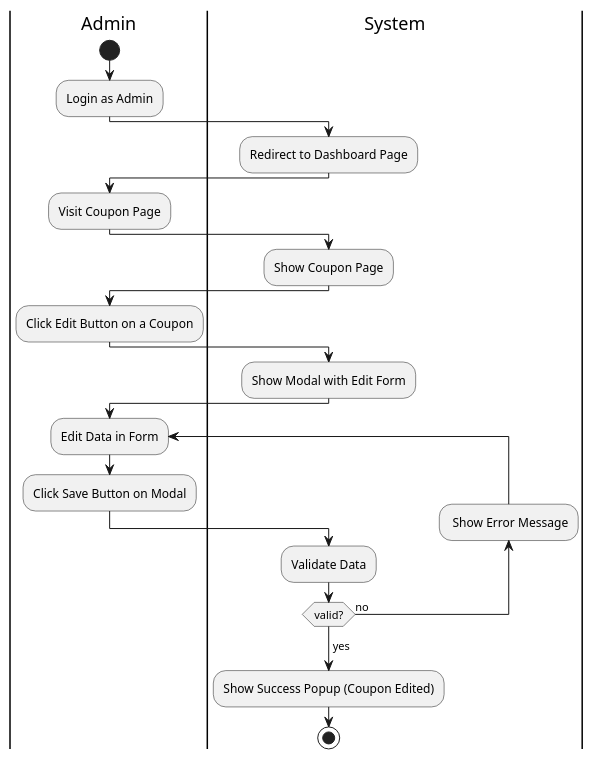
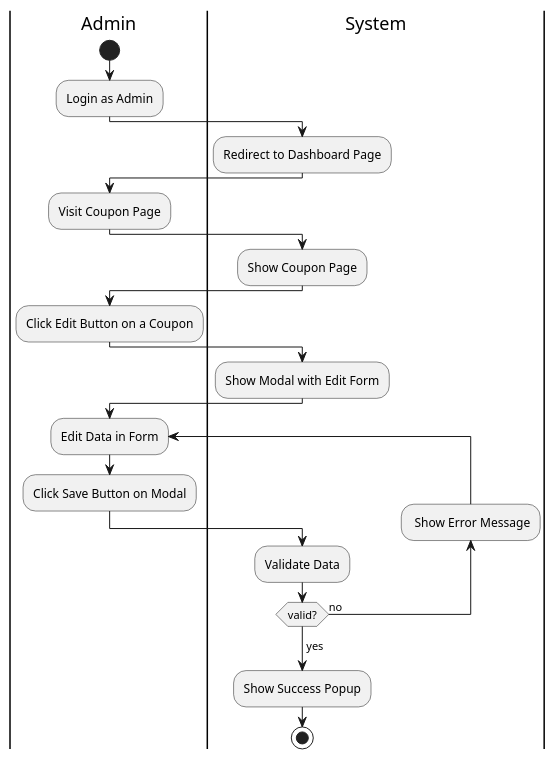
The diagram in 032. Edit Coupon/Activity Diagram.puml (felixpherry/Lecturna-UML), drawn with PlantUML before and after one commit. The commit also changed 66 other files, not shown here.

Commit message:
Fix: Activity Diagrams

```diff
--- a/032. Edit Coupon/Activity Diagram.puml
+++ b/032. Edit Coupon/Activity Diagram.puml
@@ -1,25 +1,25 @@
 @startuml EditCoupon
 |Admin|
 start
 :Login as Admin;
 |System|
 :Redirect to Dashboard Page;
 |Admin|
 :Visit Coupon Page;
 |System|
 :Show Coupon Page;
 |Admin|
 :Click Edit Button on a Coupon;
 |System|
 :Show Modal with Edit Form;
 |Admin|
 repeat :Edit Data in Form;
 :Click Save Button on Modal;
 |System|
 :Validate Data;
 backward: Show Error Message;
 repeat while(valid?) is (no)
 ->yes;
-:Show Success Popup (Coupon Edited);
+:Show Success Popup;
 stop
 @enduml
```
